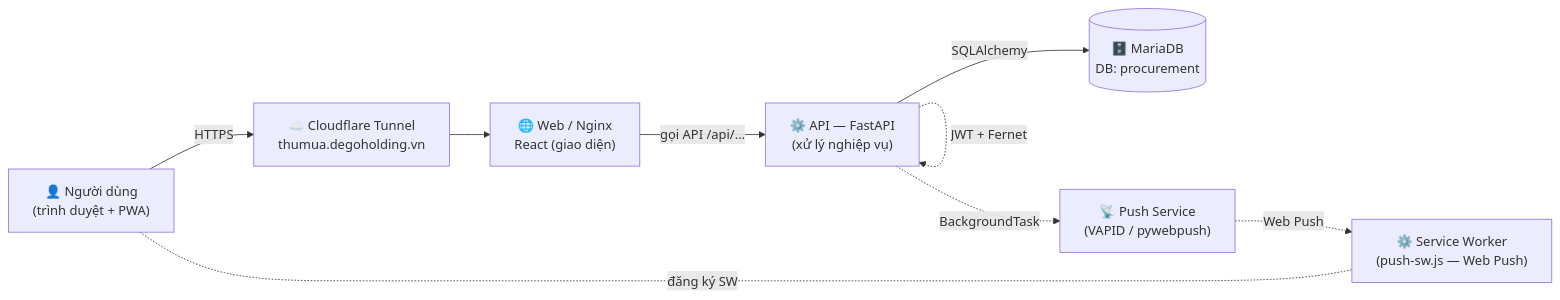
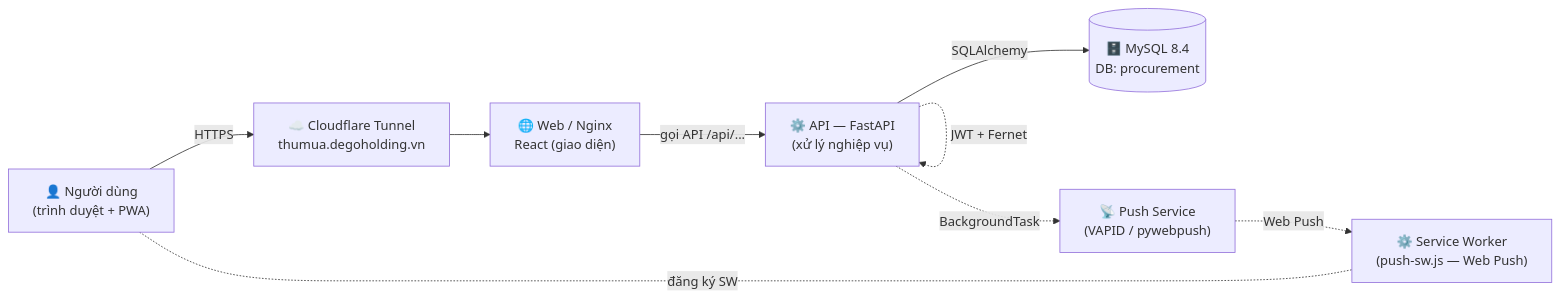
One commit to giabaohb99/procurement-tool changed the first of 9 diagrams in doc/tai-lieu-ky-thuat/so-do-ky-thuat.md. Above: the diagram before and after it, drawn with Mermaid. The commit also changed 3 other files, not shown here.

````diff
--- a/doc/tai-lieu-ky-thuat/so-do-ky-thuat.md
+++ b/doc/tai-lieu-ky-thuat/so-do-ky-thuat.md
@@ -18,18 +18,18 @@
 ```mermaid
 flowchart LR
     U["👤 Người dùng<br/>(trình duyệt + PWA)"]
     SW["⚙️ Service Worker<br/>(push-sw.js — Web Push)"]
     CF["☁️ Cloudflare Tunnel<br/>thumua.degoholding.vn"]
     WEB["🌐 Web / Nginx<br/>React (giao diện)"]
     API["⚙️ API — FastAPI<br/>(xử lý nghiệp vụ)"]
-    DB[("🗄️ MariaDB<br/>DB: procurement")]
+    DB[("🗄️ MySQL 8.4<br/>DB: procurement")]
     PUSH["📡 Push Service<br/>(VAPID / pywebpush)"]
 
     U -->|HTTPS| CF --> WEB
     WEB -->|gọi API /api/...| API
     API -->|SQLAlchemy| DB
     API -.->|JWT + Fernet| API
     U -.-|đăng ký SW| SW
     API -.->|BackgroundTask| PUSH
     PUSH -.->|Web Push| SW
 ```
````
